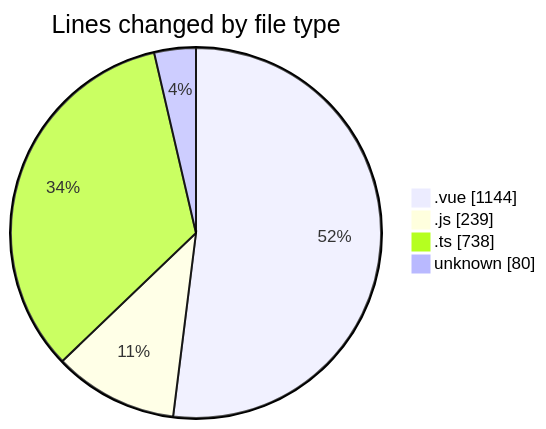
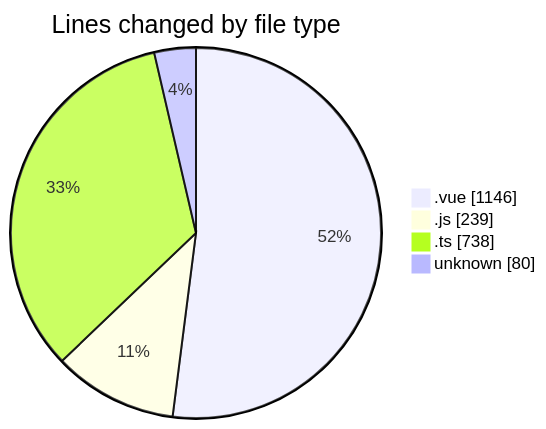
One commit to lephambinh05/code-tracking changed the first of 2 diagrams in 2025-08-11/rentotp/README.md. Above: the diagram before and after it, drawn with Mermaid. The commit also changed other lines of this file and 1 other file, not shown here.

````diff
--- a/2025-08-11/rentotp/README.md
+++ b/2025-08-11/rentotp/README.md
@@ -35,8 +35,8 @@
 ```mermaid
 pie showData
 title Lines changed by file type
-".vue" : 1144
+".vue" : 1146
 ".js" : 239
 ".ts" : 738
 "unknown" : 80
 ```
````
